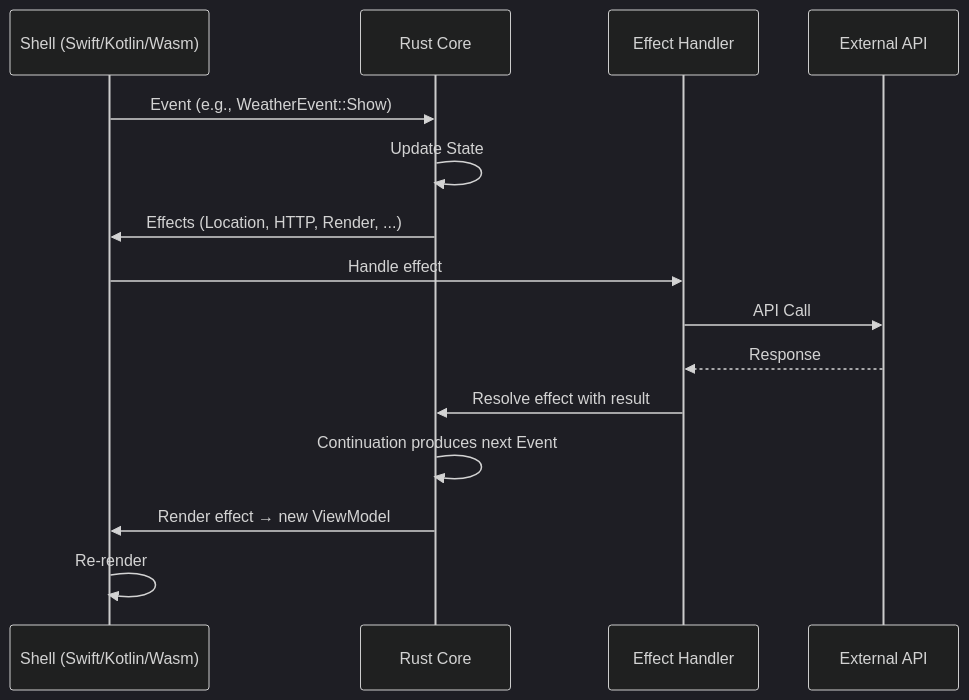
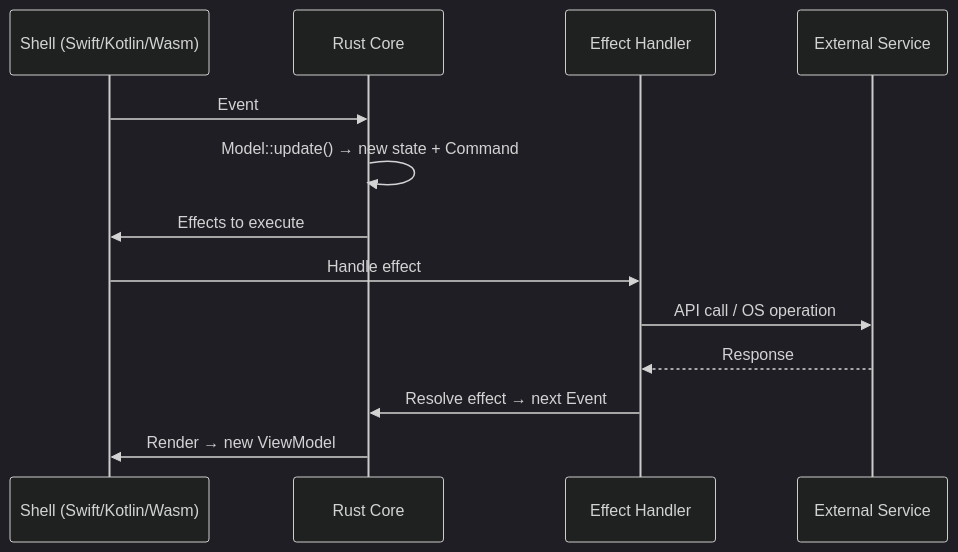
The third of 3 diagrams in examples/weather/ARCHITECTURE.md (redbadger/crux), drawn with Mermaid (dark theme) before and after one commit. The commit also changed other lines of this file and 14 other files, not shown here.

````diff
--- a/examples/weather/ARCHITECTURE.md
+++ b/examples/weather/ARCHITECTURE.md
@@ -100,18 +216,16 @@
 ```mermaid
 sequenceDiagram
     participant UI as Shell (Swift/Kotlin/Wasm)
     participant Core as Rust Core
     participant Effect as Effect Handler
-    participant API as External API
+    participant API as External Service
 
-    UI->>Core: Event (e.g., WeatherEvent::Show)
-    Core->>Core: Update State
-    Core->>UI: Effects (Location, HTTP, Render, ...)
+    UI->>Core: Event
+    Core->>Core: Model::update() → new state + Command
+    Core->>UI: Effects to execute
     UI->>Effect: Handle effect
-    Effect->>API: API Call
+    Effect->>API: API call / OS operation
     API-->>Effect: Response
-    Effect->>Core: Resolve effect with result
-    Core->>Core: Continuation produces next Event
-    Core->>UI: Render effect → new ViewModel
-    UI->>UI: Re-render
+    Effect->>Core: Resolve effect → next Event
+    Core->>UI: Render → new ViewModel
 ```
````
